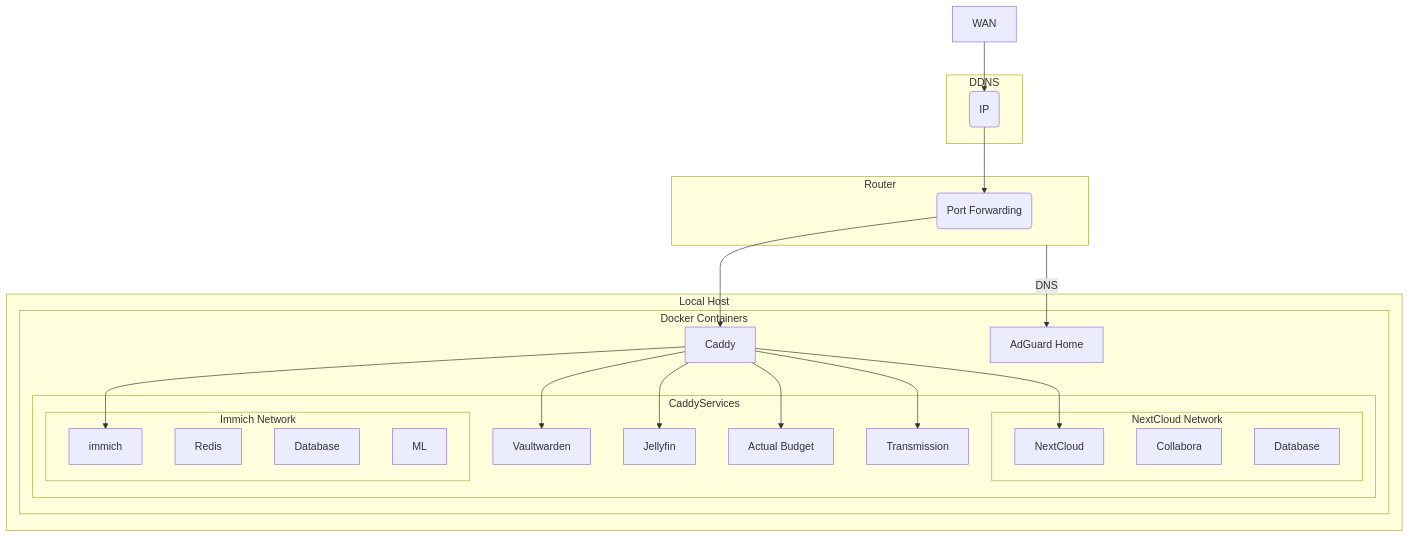
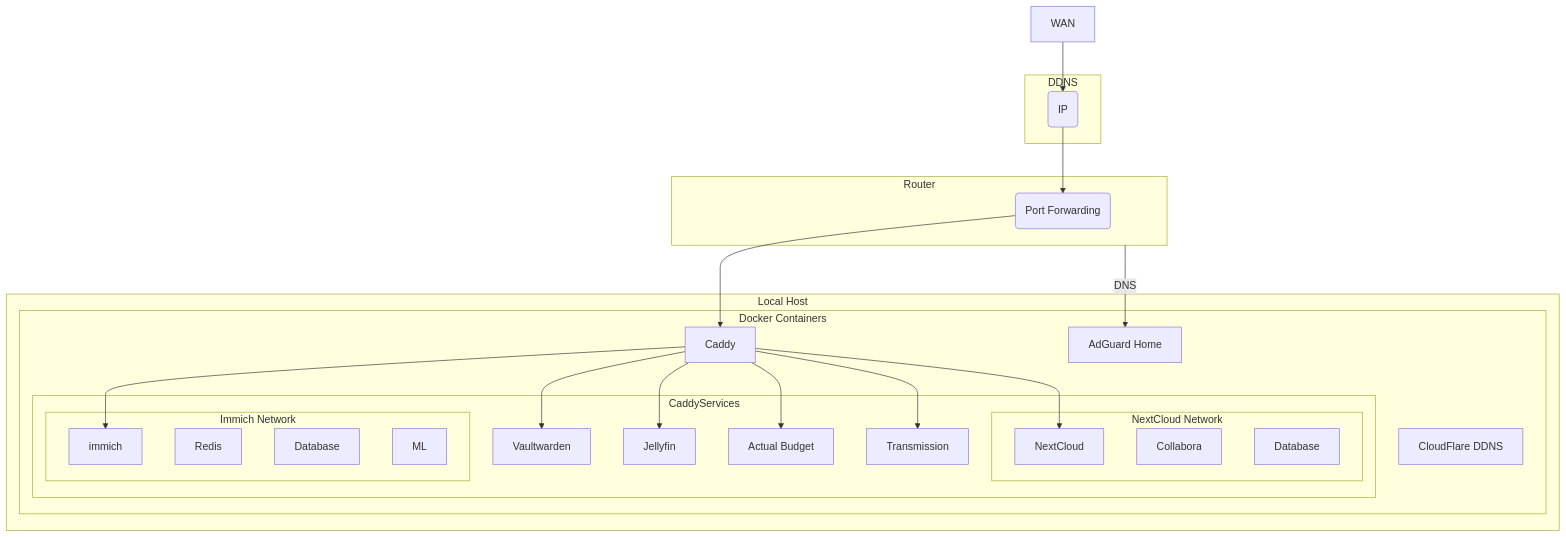
One commit to p-gentili/selfhosted-docker changed the diagram in README.md. Above: the diagram before and after it, drawn with Mermaid.

````diff
--- a/README.md
+++ b/README.md
@@ -1,44 +1,45 @@
 ```mermaid
 graph TD
   subgraph DDNS
     ddns(IP)
   end
   subgraph Router
     portForwarding(Port Forwarding)
   end
 
   subgraph Local Host
     subgraph Docker Containers
       caddy[Caddy]
       adguard-home[AdGuard Home]
+      cloudflare-ddns[CloudFlare DDNS]
       subgraph CaddyServices
         vaultwarden[Vaultwarden]
         jellyfin[Jellyfin]
         actual[Actual Budget]
         transmission[Transmission]
         subgraph NextCloud Network
             nextcloud[NextCloud]
             nextcloud-code[Collabora]
             nextcloud-db[Database]
         end
         subgraph Immich Network
             immich[immich]
             immich-redis[Redis]
             immich-db[Database]
             immich-ml[ML]
         end
       end
     end
   end
 
   WAN --> ddns
   ddns --> portForwarding
   portForwarding --> caddy
   Router --DNS--> adguard-home
   caddy --> vaultwarden
   caddy --> jellyfin
   caddy --> nextcloud
   caddy --> actual
   caddy --> immich
   caddy --> transmission
 ```
````
